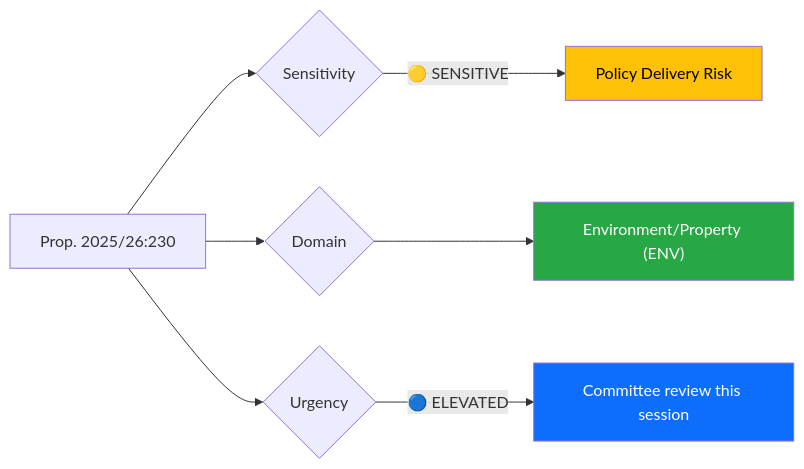
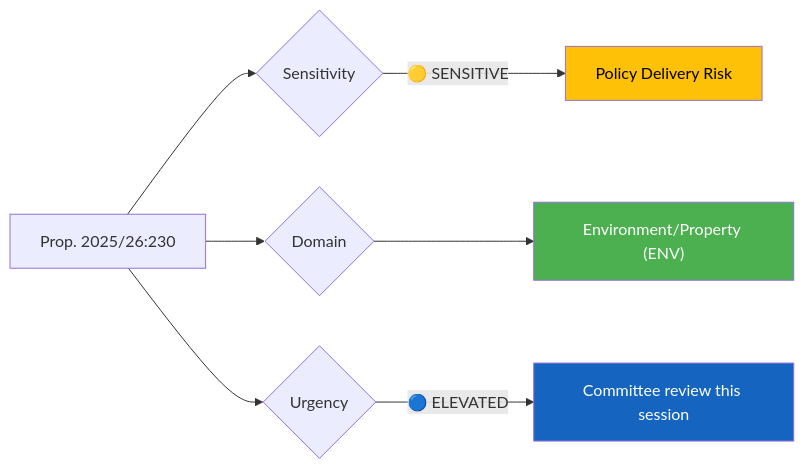
Before and after one commit to Hack23/riksdagsmonitor: the first of 2 diagrams in analysis/daily/2026-04-09/propositions/documents/hd03230-analysis.md, drawn with Mermaid. The commit also changed 785 other files, not shown here.

First line of the commit message:
Normalize mermaid colors across 786 analysis artifacts to ISMS Style Guide palette

````diff
--- a/analysis/daily/2026-04-09/propositions/documents/hd03230-analysis.md
+++ b/analysis/daily/2026-04-09/propositions/documents/hd03230-analysis.md
@@ -24,12 +24,12 @@
 ```mermaid
 graph LR
     A["Prop. 2025/26:230"] --> B{"Sensitivity"}
     B -->|"🟡 SENSITIVE"| D["Policy Delivery Risk"]
     A --> G{"Domain"}
     G --> H["Environment/Property (ENV)"]
     A --> I{"Urgency"}
     I -->|"🔵 ELEVATED"| L["Committee review this session"]
-    style D fill:#ffc107,color:#000
-    style H fill:#28a745,color:#fff
-    style L fill:#0d6efd,color:#fff
+    style D fill:#FFC107,color:#000000
+    style H fill:#4CAF50,color:#FFFFFF
+    style L fill:#1565C0,color:#FFFFFF
 ```
````
